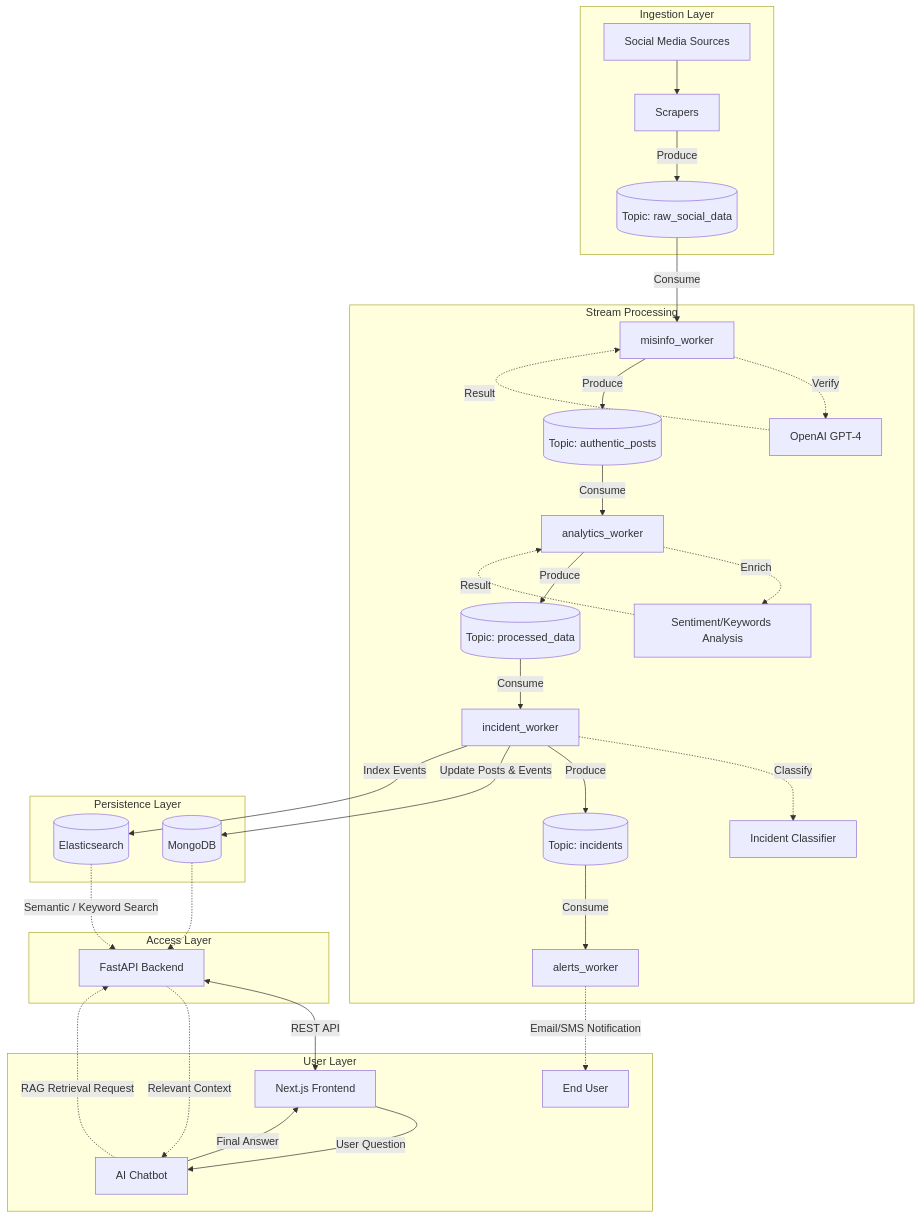
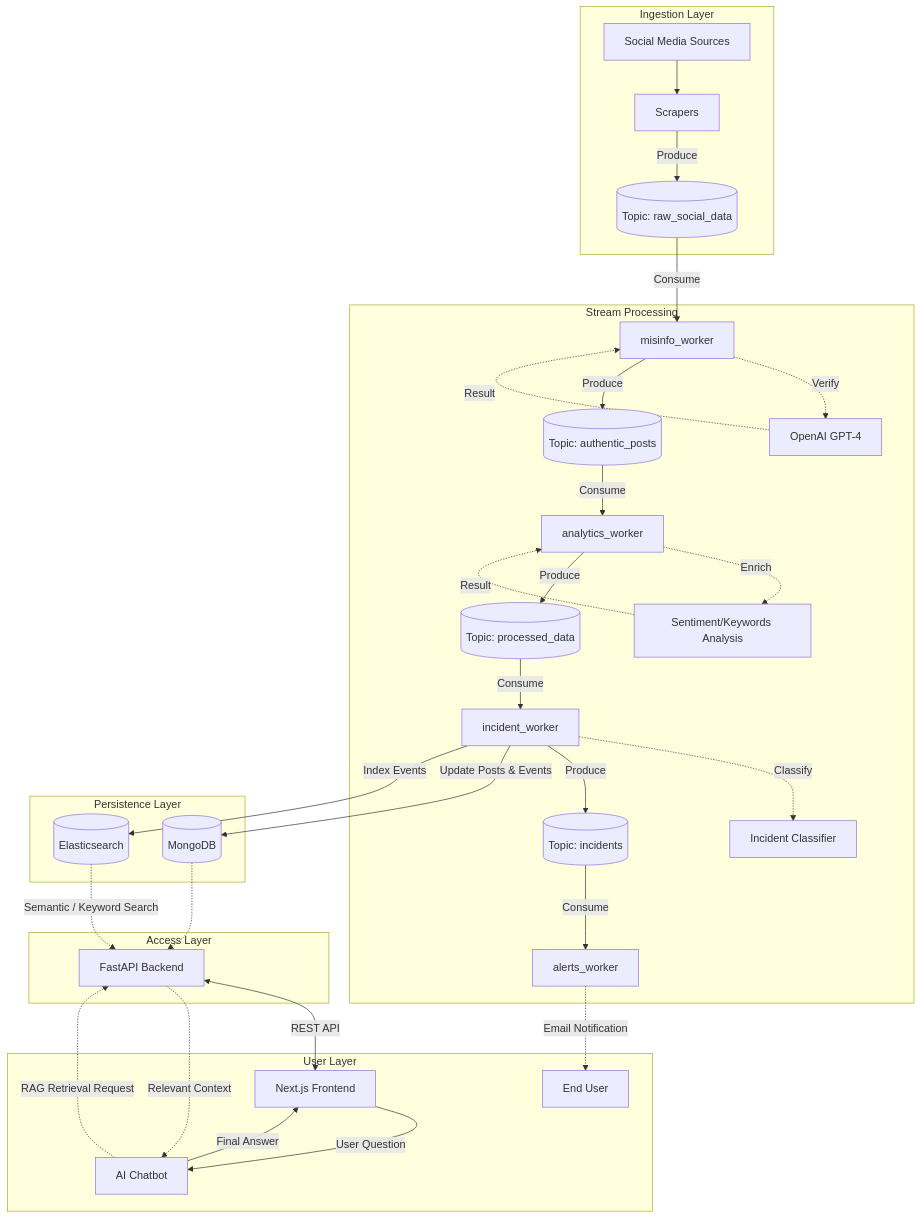
One commit to rachelfong0320/DisasterLens changed the diagram in README.md. Above: the diagram before and after it, drawn with Mermaid.

Commit message:
Update README to specify Email Notification only

````diff
--- a/README.md
+++ b/README.md
@@ -57,81 +57,81 @@
 ```mermaid
 graph TD
 
 %% =========================
 %% 1. INGESTION
 %% =========================
 subgraph Ingestion Layer
     Sources[Social Media Sources]
     Scrapers[Scrapers]
     T1[(Topic: raw_social_data)]
 
     Sources --> Scrapers -->|Produce| T1
 end
 
 %% =========================
 %% 2. STREAM PROCESSING
 %% =========================
 subgraph Stream Processing
 
     %% Step 1: Misinfo Filter
     T1 -->|Consume| W1[misinfo_worker]
     W1 -.->|Verify| AI1[OpenAI GPT-4]
     AI1 -.->|Result| W1
     W1 -->|Produce| T2[(Topic: authentic_posts)]
 
     %% Step 2: Analytics Enrichment (Linear Chain)
     T2 -->|Consume| W4[analytics_worker]
     W4 -.->|Enrich| AI3[Sentiment/Keywords Analysis]
     AI3 -.->|Result| W4
     W4 -->|Produce| T_INT[(Topic: processed_data)]
 
     %% Step 3: Incident Classification & Geo
     T_INT -->|Consume| W2[incident_worker]
     W2 -.->|Classify| AI2[Incident Classifier]
     W2 -->|Produce| T3[(Topic: incidents)]
 
     %% Step 4: Alerting
     T3 -->|Consume| W3[alerts_worker]
 end
 
 %% =========================
 %% 3. PERSISTENCE
 %% =========================
 subgraph Persistence Layer
     DB[(MongoDB)]
     ES[(Elasticsearch)]
 end
 
 %% Incident worker saves the final enriched state to DB
 W2 -->|Update Posts & Events| DB
 W2 -->|Index Events| ES
 
 %% =========================
 %% 4. ACCESS + RAG RETRIEVAL
 %% =========================
 subgraph Access Layer
     API[FastAPI Backend]
 end
 
 DB -.-> API
 ES -.->|Semantic / Keyword Search| API
 
 %% =========================
 %% 5. FRONTEND & CHAT
 %% =========================
 subgraph User Layer
     FE[Next.js Frontend]
     Chat[AI Chatbot]
     User[End User]
 end
 
 API <--> |REST API| FE
 
 FE -->|User Question| Chat
 Chat -.->|RAG Retrieval Request| API
 API -.->|Relevant Context| Chat
 Chat -->|Final Answer| FE
 
 %% Alert worker notifies user/system directly (not via Kafka topic)
-W3 -.->|Email/SMS Notification| User
+W3 -.->|Email Notification| User
 ```
````
